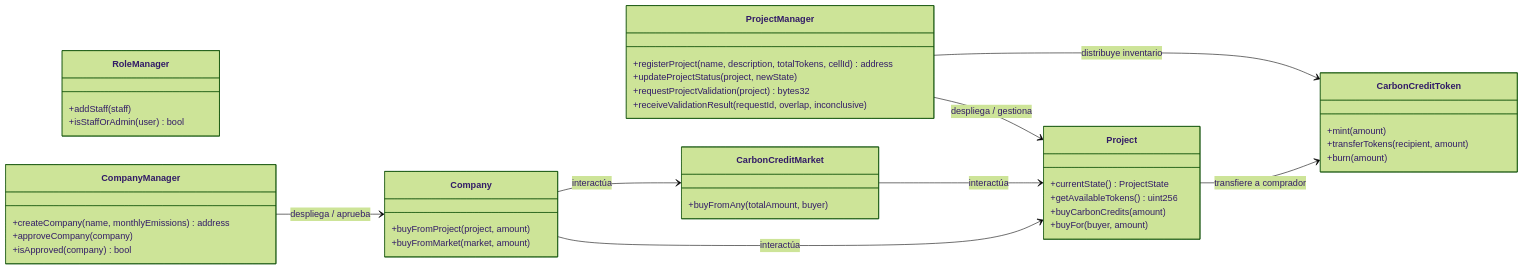
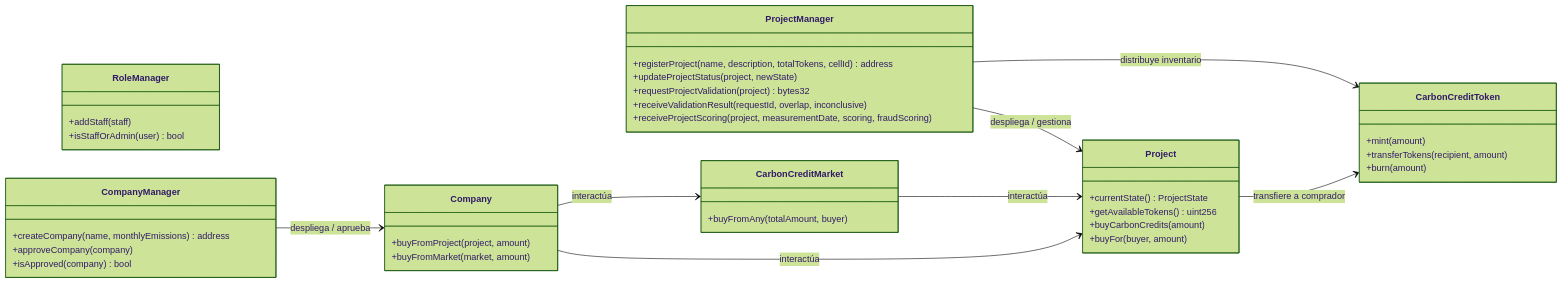
The sixth of 9 diagrams in docs/contracts/architecture-uml.md (TesinaNotCarbon/NotCarbon), drawn with Mermaid (forest theme) before and after one commit. The commit also changed other lines of this file and 8 other files, not shown here.

````diff
--- a/docs/contracts/architecture-uml.md
+++ b/docs/contracts/architecture-uml.md
@@ -286,55 +327,56 @@
 ```mermaid
 classDiagram
     direction LR
 
     class RoleManager {
         +addStaff(staff)
         +isStaffOrAdmin(user) bool
     }
 
     class CarbonCreditToken {
         +mint(amount)
         +transferTokens(recipient, amount)
         +burn(amount)
     }
 
     class CompanyManager {
         +createCompany(name, monthlyEmissions) address
         +approveCompany(company)
         +isApproved(company) bool
     }
 
     class Company {
         +buyFromProject(project, amount)
         +buyFromMarket(market, amount)
     }
 
     class ProjectManager {
         +registerProject(name, description, totalTokens, cellId) address
         +updateProjectStatus(project, newState)
         +requestProjectValidation(project) bytes32
         +receiveValidationResult(requestId, overlap, inconclusive)
+        +receiveProjectScoring(project, measurementDate, scoring, fraudScoring)
     }
 
     class Project {
         +currentState() ProjectState
         +getAvailableTokens() uint256
         +buyCarbonCredits(amount)
         +buyFor(buyer, amount)
     }
 
     class CarbonCreditMarket {
         +buyFromAny(totalAmount, buyer)
     }
 
     %% Relaciones Principales
     ProjectManager --> Project : despliega / gestiona
     CompanyManager --> Company : despliega / aprueba
     
     CarbonCreditMarket --> Project : interactúa
     Company --> CarbonCreditMarket : interactúa
     Company --> Project : interactúa
 
     ProjectManager --> CarbonCreditToken : distribuye inventario
     Project --> CarbonCreditToken : transfiere a comprador
 ```
````
